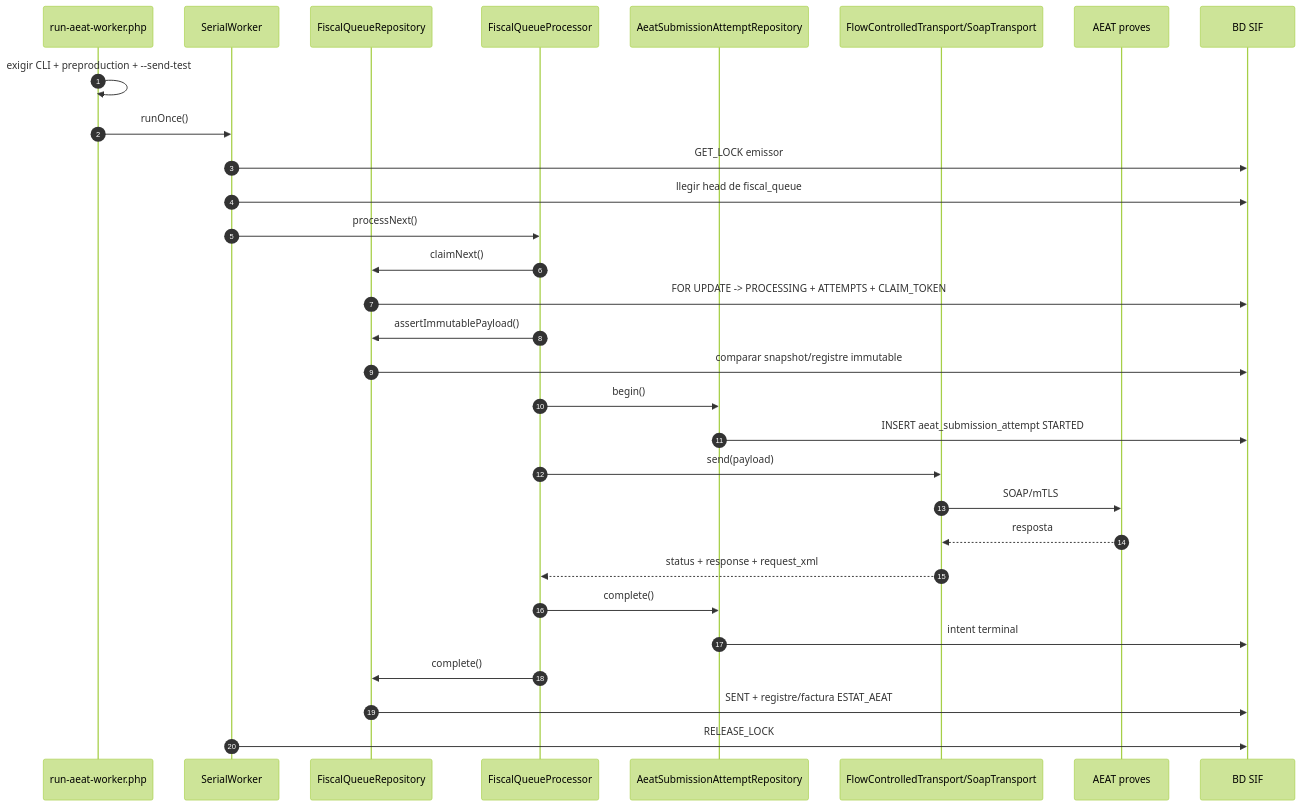
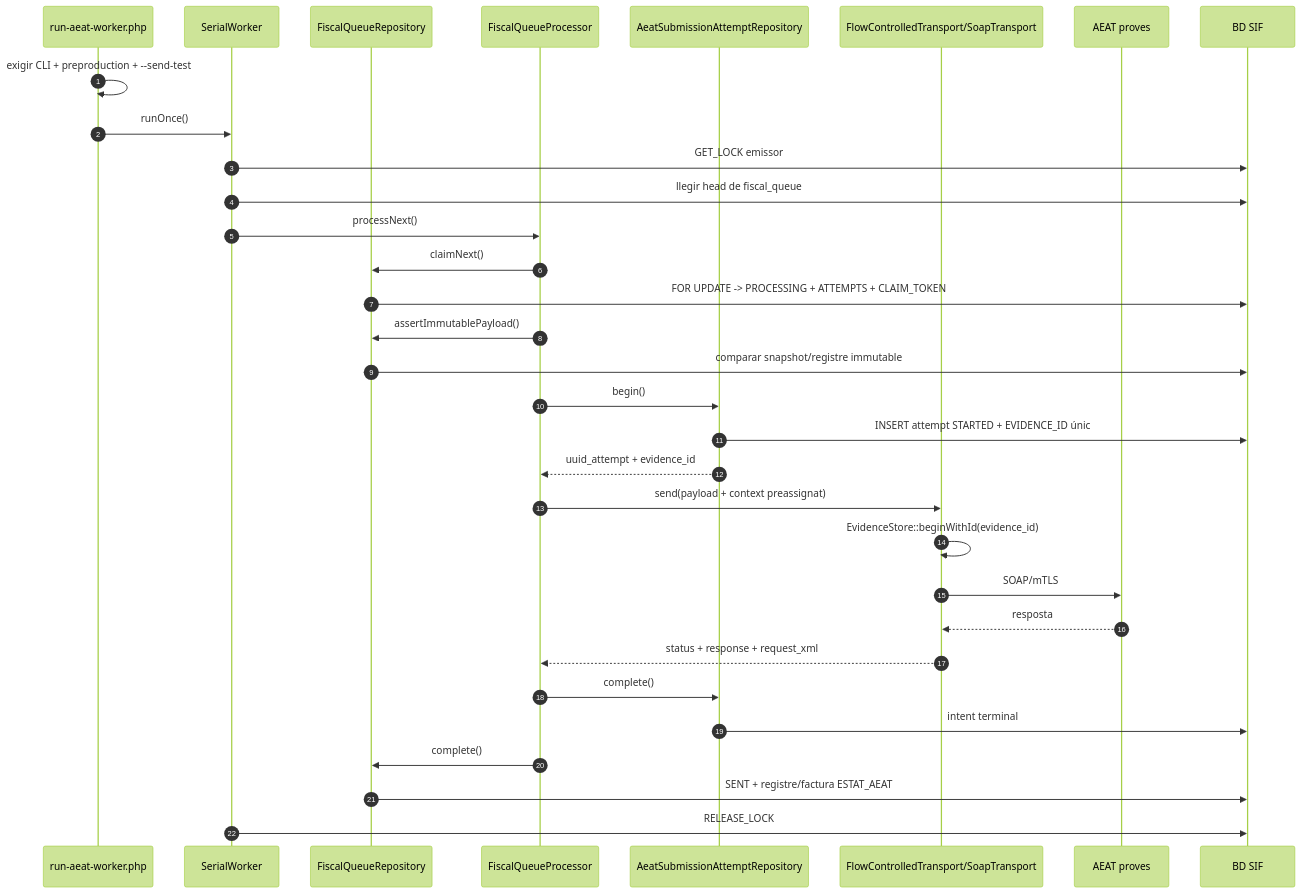
The fourth of 11 diagrams in documentacio/07-uml-integrat/uc-009-sequencies-actual-final.md (orgmeriemprismacat-del/verifactu), drawn with Mermaid (forest theme) before and after one commit. The commit also changed other lines of this file, not shown here.

Commit message:
docs(UC-009): ordenar preassignacio evidencia abans de xarxa

````diff
--- a/documentacio/07-uml-integrat/uc-009-sequencies-actual-final.md
+++ b/documentacio/07-uml-integrat/uc-009-sequencies-actual-final.md
@@ -113,33 +113,35 @@
 ```mermaid
 sequenceDiagram
 autonumber
 participant CLI as run-aeat-worker.php
 participant W as SerialWorker
 participant Q as FiscalQueueRepository
 participant P as FiscalQueueProcessor
 participant A as AeatSubmissionAttemptRepository
 participant T as FlowControlledTransport/SoapTransport
 participant X as AEAT proves
 participant DB as BD SIF
 
 CLI->>CLI: exigir CLI + preproduction + --send-test
 CLI->>W: runOnce()
 W->>DB: GET_LOCK emissor
 W->>DB: llegir head de fiscal_queue
 W->>P: processNext()
 P->>Q: claimNext()
 Q->>DB: FOR UPDATE -> PROCESSING + ATTEMPTS + CLAIM_TOKEN
 P->>Q: assertImmutablePayload()
 Q->>DB: comparar snapshot/registre immutable
 P->>A: begin()
-A->>DB: INSERT aeat_submission_attempt STARTED
-P->>T: send(payload)
+A->>DB: INSERT attempt STARTED + EVIDENCE_ID únic
+A-->>P: uuid_attempt + evidence_id
+P->>T: send(payload + context preassignat)
+T->>T: EvidenceStore::beginWithId(evidence_id)
 T->>X: SOAP/mTLS
 X-->>T: resposta
 T-->>P: status + response + request_xml
 P->>A: complete()
 A->>DB: intent terminal
 P->>Q: complete()
 Q->>DB: SENT + registre/factura ESTAT_AEAT
 W->>DB: RELEASE_LOCK
 ```
````
